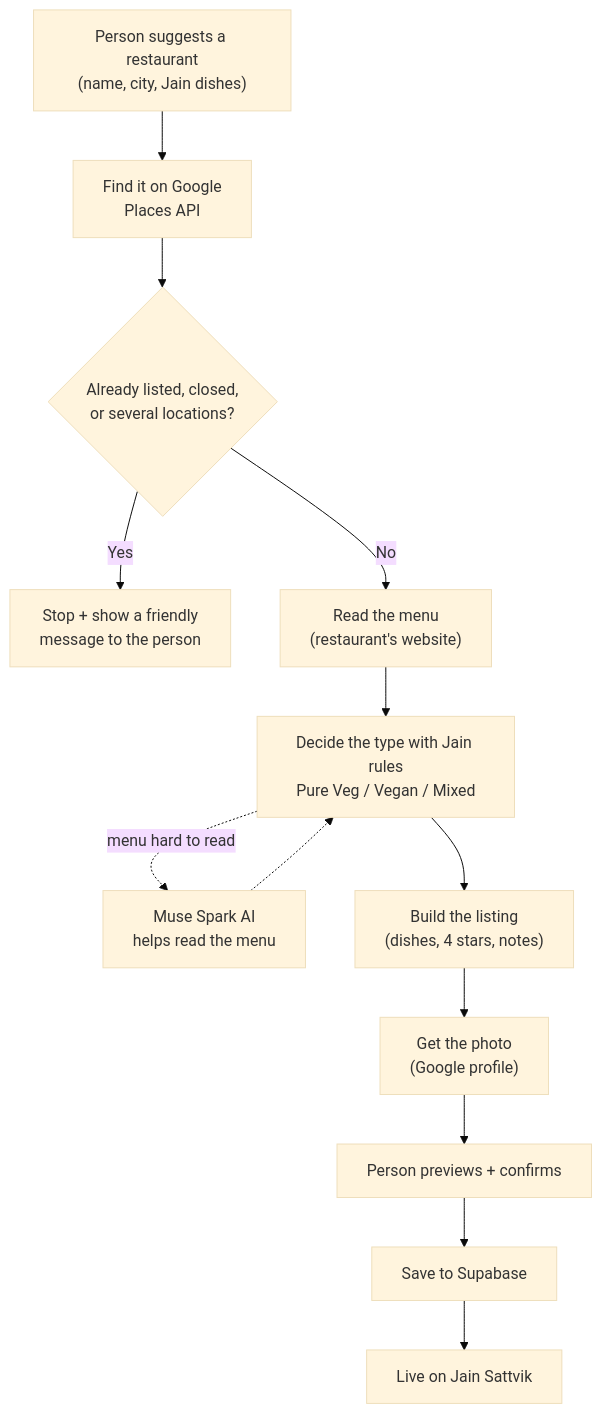
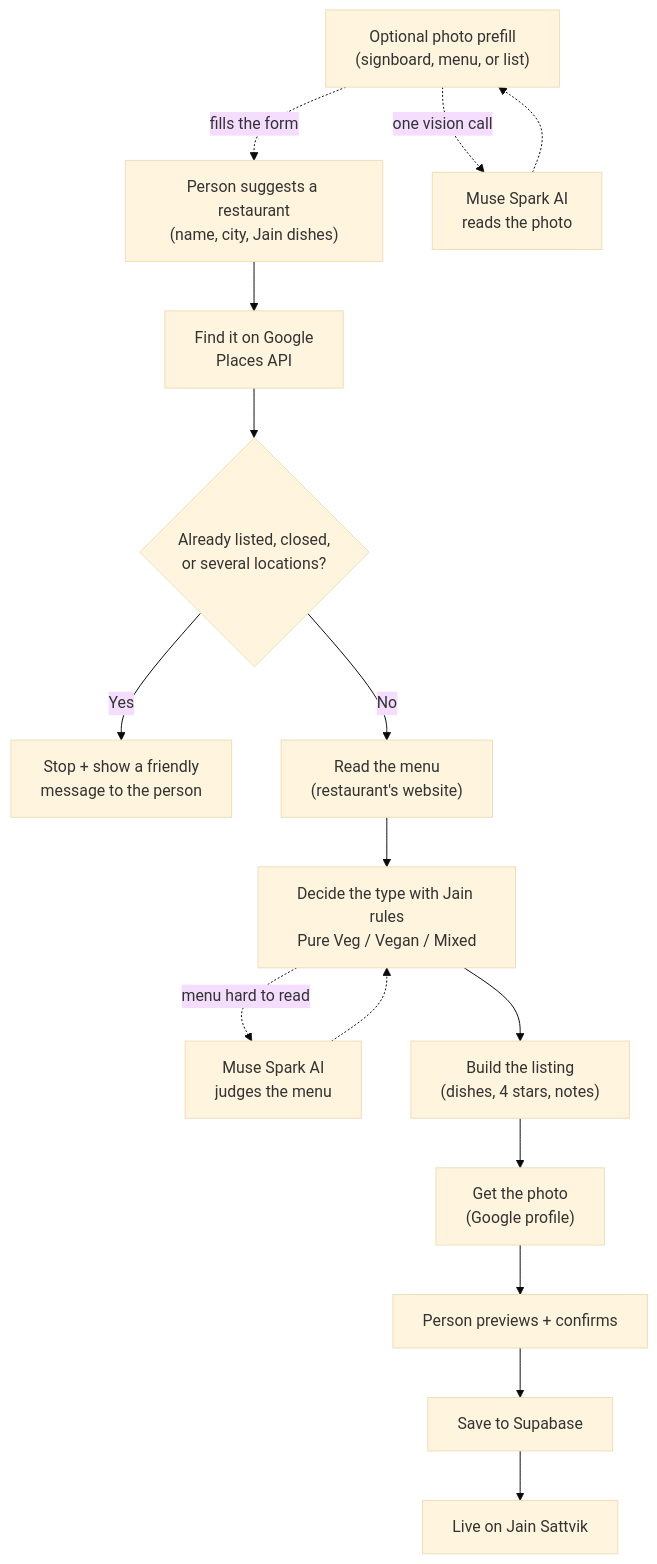
Before and after one commit to sssshah/jain-restaurants-agent: the diagram in README.md, drawn with Mermaid (base theme). The commit also changed other lines of this file and 6 other files, not shown here.

Commit message:
Dialog: photo prefill + list picker, Restaurant Details rename, tighter spacing

````diff
--- a/README.md
+++ b/README.md
@@ -29,15 +32,18 @@
 ```mermaid
 flowchart TD
     A["Person suggests a restaurant<br/>(name, city, Jain dishes)"] --> B["Find it on Google<br/>Places API"]
     B --> C{"Already listed, closed,<br/>or several locations?"}
     C -- Yes --> S["Stop + show a friendly<br/>message to the person"]
     C -- No --> D["Read the menu<br/>(restaurant's website)"]
     D --> E["Decide the type with Jain rules<br/>Pure Veg / Vegan / Mixed"]
-    E -. "menu hard to read" .-> L["Muse Spark AI<br/>helps read the menu"]
+    E -. "menu hard to read" .-> L["Muse Spark AI<br/>judges the menu"]
     L -.-> E
     E --> F["Build the listing<br/>(dishes, 4 stars, notes)"]
     F --> G["Get the photo<br/>(Google profile)"]
     G --> H["Person previews + confirms"]
     H --> I["Save to Supabase"]
     I --> J["Live on Jain Sattvik"]
+    P["Optional photo prefill<br/>(signboard, menu, or list)"] -. "fills the form" .-> A
+    P -. "one vision call" .-> V["Muse Spark AI<br/>reads the photo"]
+    V -.-> P
 ```
````
